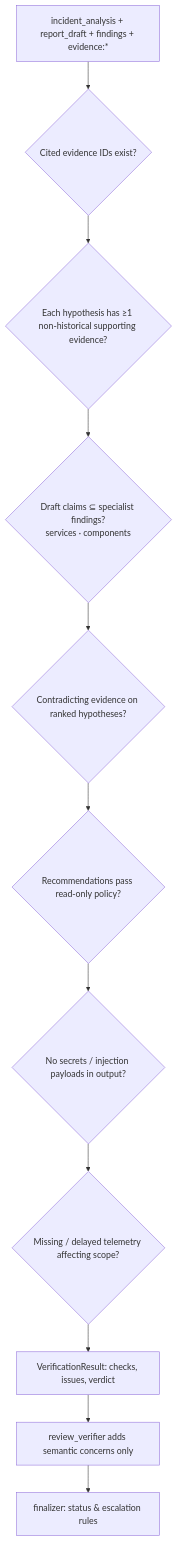
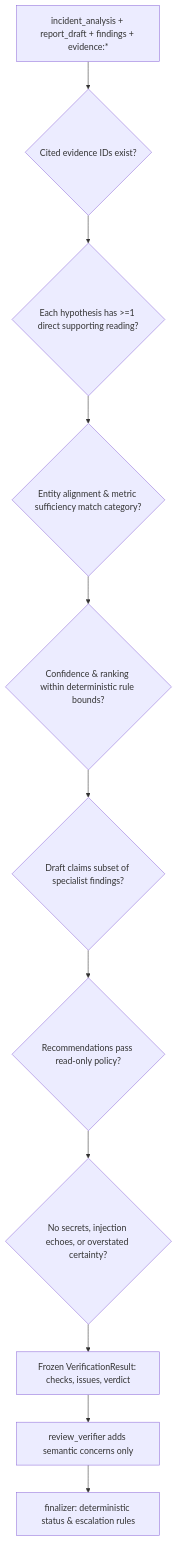
The fifth of 5 diagrams in ARCHITECTURE.md (AshraHossain/agent-system), drawn with Mermaid before and after one commit. The commit also changed other lines of this file and 365 other files, not shown here.

````diff
--- a/ARCHITECTURE.md
+++ b/ARCHITECTURE.md
@@ -98,13 +156,13 @@
 ```mermaid
 flowchart TD
-  IN[incident_analysis + report_draft + findings + evidence:*] --> C1{Cited evidence IDs exist?}
-  C1 --> C2{Each hypothesis has ≥1 non-historical supporting evidence?}
-  C2 --> C3{Draft claims ⊆ specialist findings?<br/>services · components}
-  C3 --> C4{Contradicting evidence on ranked hypotheses?}
-  C4 --> C5{Recommendations pass read-only policy?}
-  C5 --> C6{No secrets / injection payloads in output?}
-  C6 --> C7{Missing / delayed telemetry affecting scope?}
-  C7 --> OUT[VerificationResult: checks, issues, verdict]
-  OUT --> REV[review_verifier adds semantic concerns only]
-  REV --> FIN[finalizer: status & escalation rules]
+    IN["incident_analysis + report_draft + findings + evidence:*"] --> C1{"Cited evidence IDs exist?"}
+    C1 --> C2{"Each hypothesis has >=1 direct supporting reading?"}
+    C2 --> C3{"Entity alignment & metric sufficiency match category?"}
+    C3 --> C4{"Confidence & ranking within deterministic rule bounds?"}
+    C4 --> C5{"Draft claims subset of specialist findings?"}
+    C5 --> C6{"Recommendations pass read-only policy?"}
+    C6 --> C7{"No secrets, injection echoes, or overstated certainty?"}
+    C7 --> OUT["Frozen VerificationResult: checks, issues, verdict"]
+    OUT --> REV["review_verifier adds semantic concerns only"]
+    REV --> FIN["finalizer: deterministic status & escalation rules"]
 ```
````
